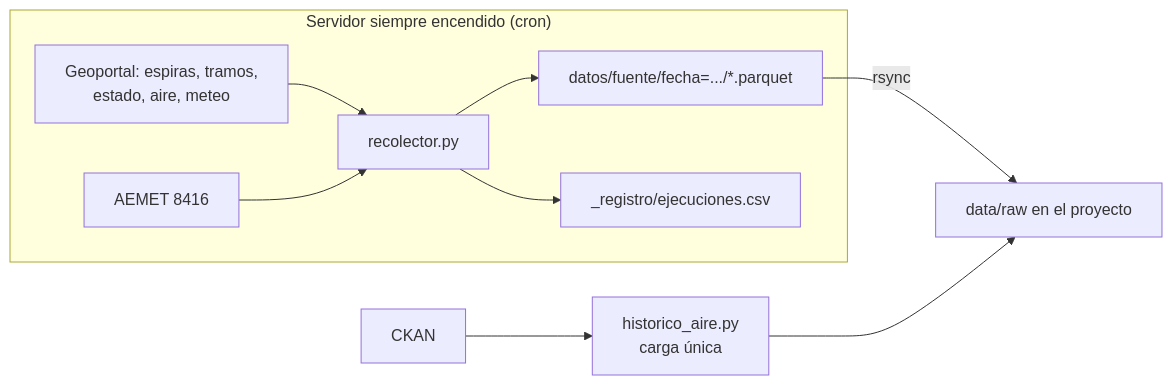
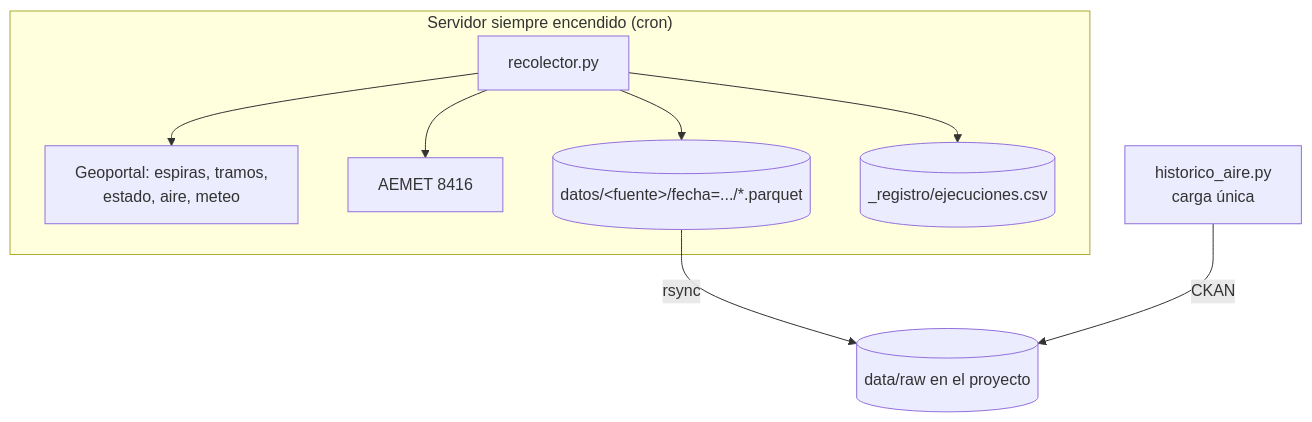
The second of 2 diagrams in README.md (Angel-dxd/bigdata-p4-itaca), drawn with Mermaid before and after one commit. The commit also changed other lines of this file and 5 other files, not shown here.

Commit message:
docs(readme): diagrama de ingesta como el enunciado, incidencias de recogida y capturas

````diff
--- a/README.md
+++ b/README.md
@@ -49,11 +49,12 @@
 ```mermaid
-flowchart LR
+flowchart TB
     subgraph SRV["Servidor siempre encendido (cron)"]
-        GEO["Geoportal: espiras, tramos,<br/>estado, aire, meteo"] --> REC["recolector.py"]
-        AEM["AEMET 8416"] --> REC
-        REC --> PQ["datos/fuente/fecha=.../*.parquet"]
-        REC --> LOG["_registro/ejecuciones.csv"]
+        REC["recolector.py"] --> GEO["Geoportal: espiras, tramos,<br/>estado, aire, meteo"]
+        REC --> AEM["AEMET 8416"]
+        REC --> PQ[("datos/&lt;fuente&gt;/fecha=.../*.parquet")]
+        REC --> LOG[("_registro/ejecuciones.csv")]
     end
-    PQ -- rsync --> RAW["data/raw en el proyecto"]
-    CKAN["CKAN"] --> HIST["historico_aire.py<br/>carga única"] --> RAW
+    PQ -- rsync --> RAW[("data/raw en el proyecto")]
+    HIST["historico_aire.py<br/>carga única"] -- CKAN --> RAW
+
 ```
````
